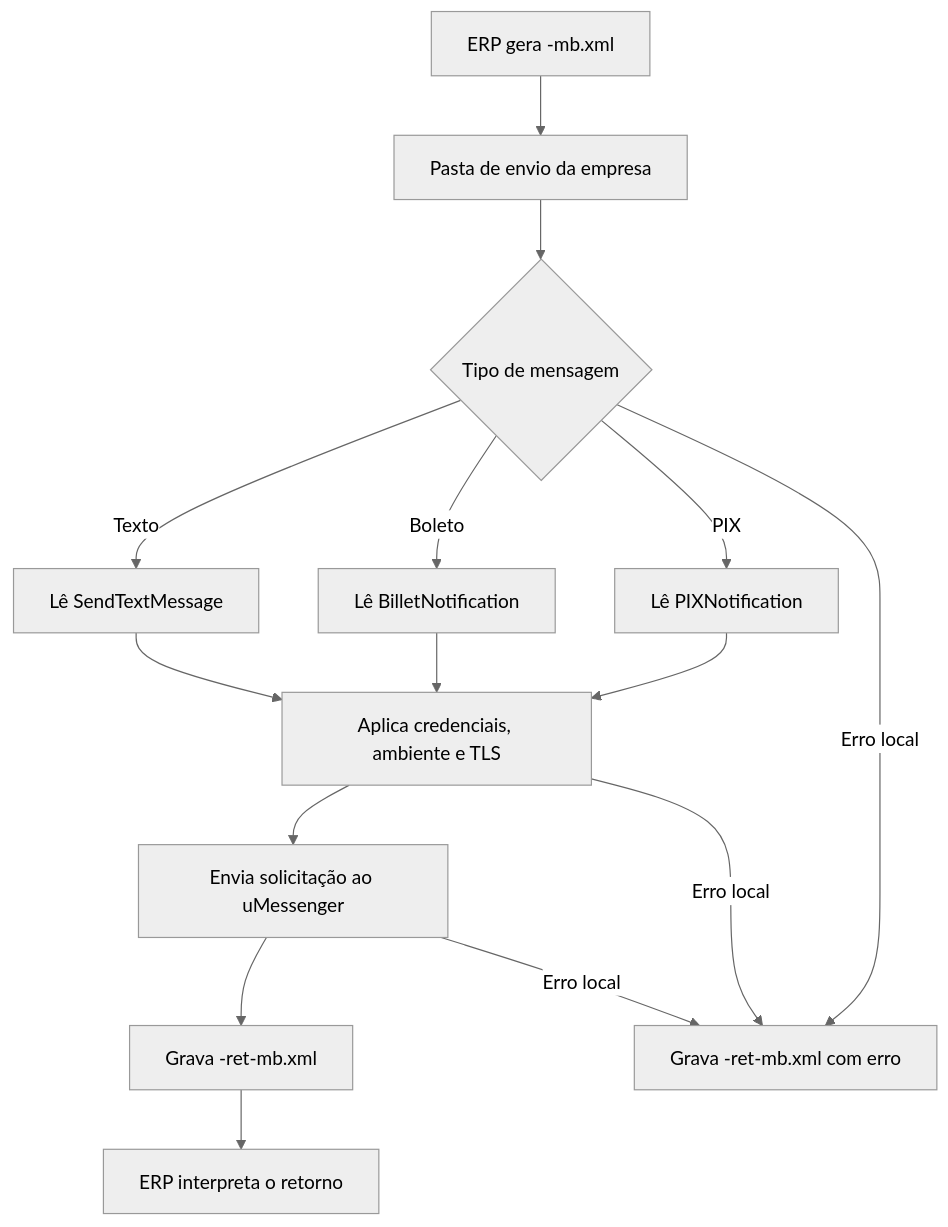
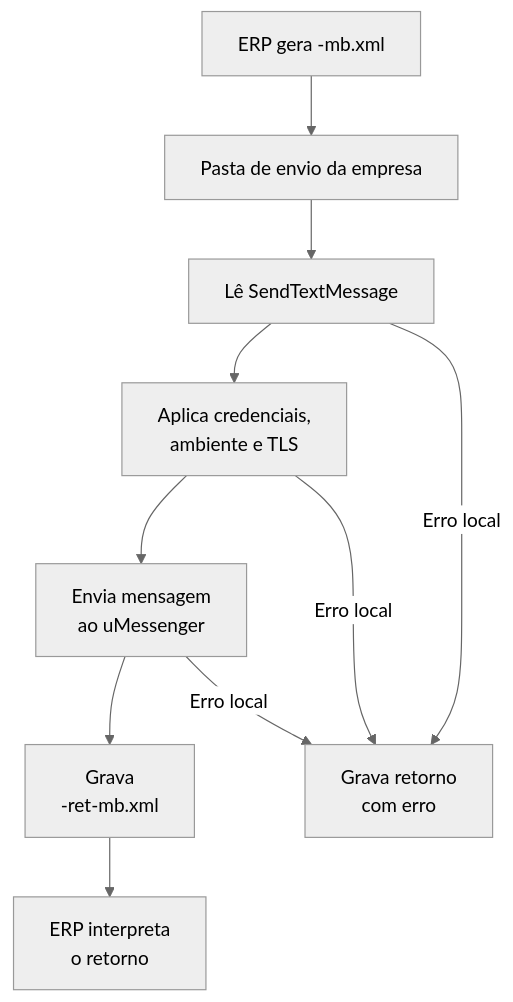
The diagram in docs/servicos/umessenger/envio-mensagens.md (Unimake/Uninfe), drawn with Mermaid (neutral theme) before and after one commit. The commit also changed other lines of this file and 3 other files, not shown here.

````diff
--- a/docs/servicos/umessenger/envio-mensagens.md
+++ b/docs/servicos/umessenger/envio-mensagens.md
@@ -173,17 +87,12 @@
 ```mermaid
 flowchart TD
     A["ERP gera <identificador>-mb.xml"] --> B["Pasta de envio da empresa"]
-    B --> C{"Tipo de mensagem"}
-    C -->|Texto| D["Lê SendTextMessage"]
-    C -->|Boleto| E["Lê BilletNotification"]
-    C -->|PIX| F["Lê PIXNotification"]
-    D --> G["Aplica credenciais, ambiente e TLS"]
-    E --> G
-    F --> G
-    G --> H["Envia solicitação ao uMessenger"]
-    H --> I["Grava <identificador>-ret-mb.xml"]
-    I --> J["ERP interpreta o retorno"]
-    C -->|Erro local| K["Grava <identificador>-ret-mb.xml com erro"]
-    G -->|Erro local| K
-    H -->|Erro local| K
+    B --> C["Lê SendTextMessage"]
+    C --> D["Aplica credenciais,<br/>ambiente e TLS"]
+    D --> E["Envia mensagem<br/>ao uMessenger"]
+    E --> F["Grava <identificador><br/>-ret-mb.xml"]
+    F --> G["ERP interpreta<br/>o retorno"]
+    C -->|Erro local| H["Grava retorno<br/>com erro"]
+    D -->|Erro local| H
+    E -->|Erro local| H
 ```
````
